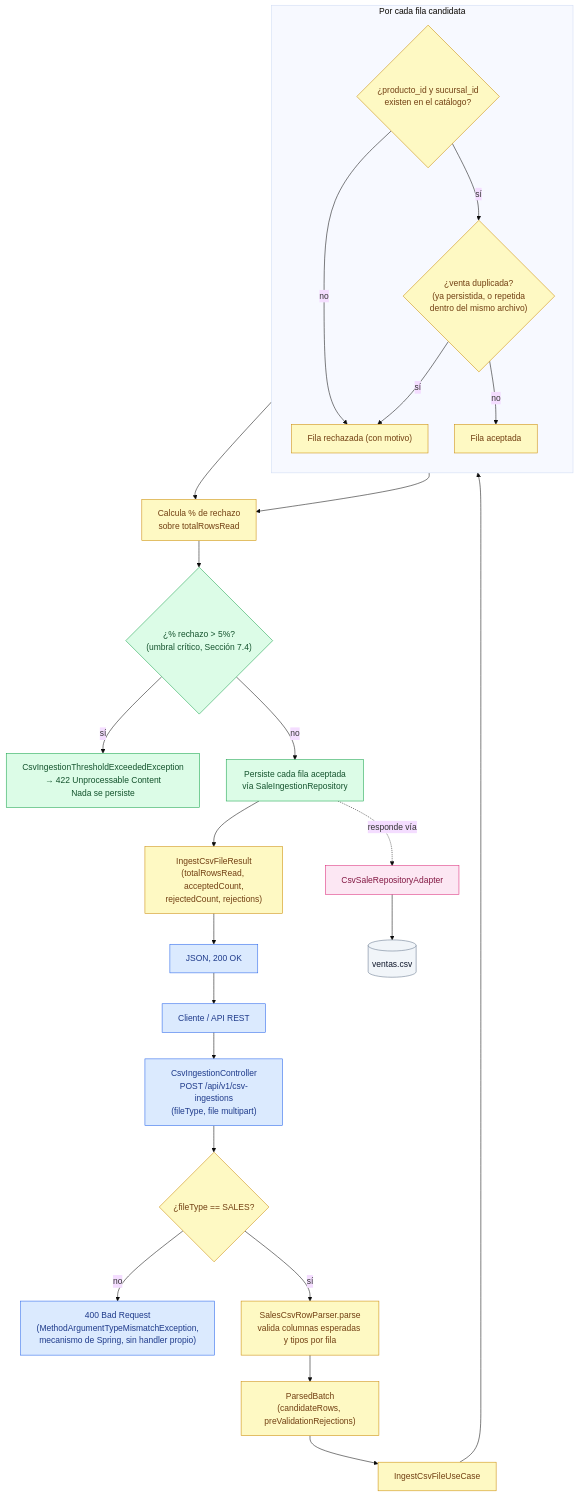
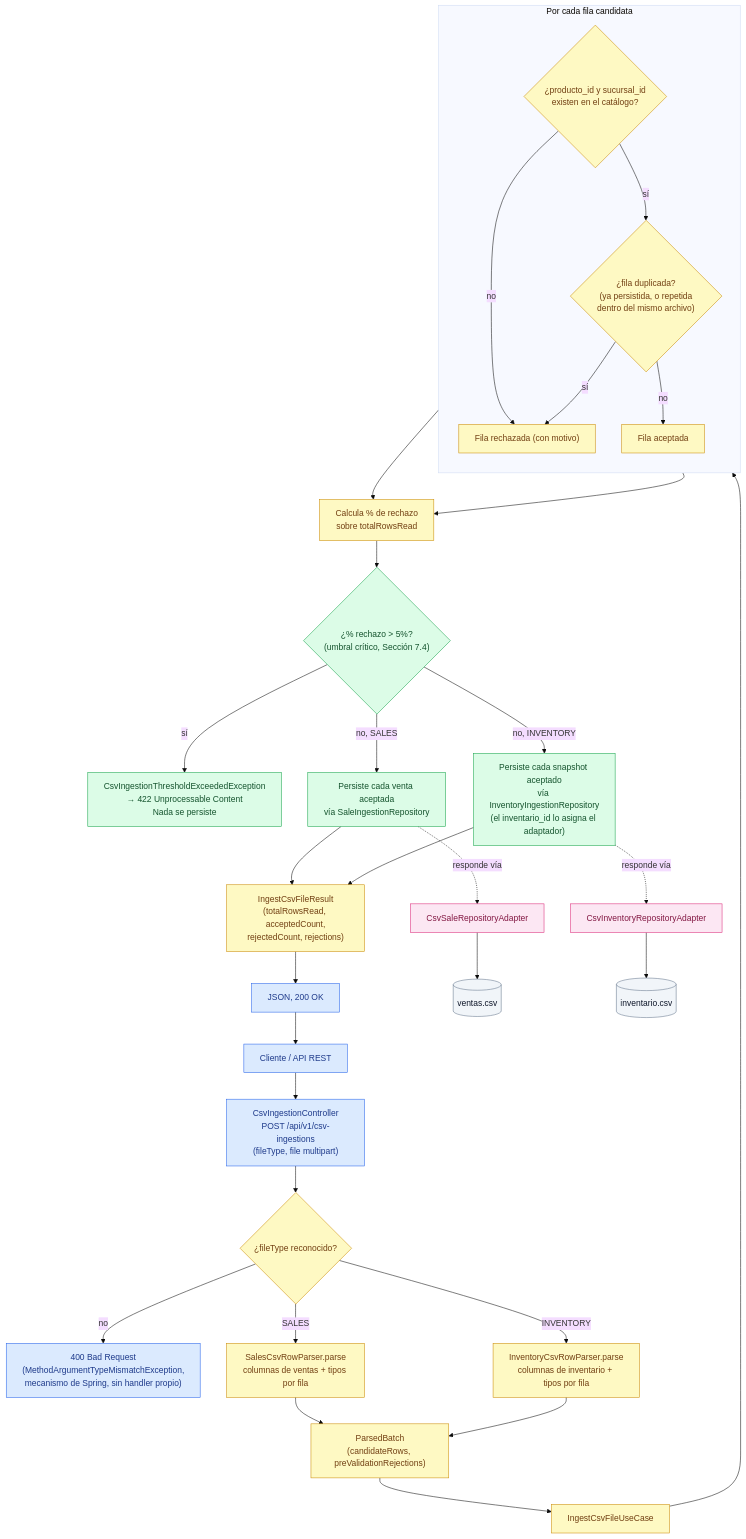
Before and after one commit to Facugl/inventoryiq: the fourth of 7 diagrams in docs/InventoryIQ_Arquitectura.md, drawn with Mermaid (base theme). The commit also changed other lines of this file and 17 other files, not shown here.

````diff
--- a/docs/InventoryIQ_Arquitectura.md
+++ b/docs/InventoryIQ_Arquitectura.md
@@ -236,57 +238,67 @@
 ```mermaid
 flowchart TD
     CLI["Cliente / API REST"]
     CTRL["CsvIngestionController<br/>POST /api/v1/csv-ingestions<br/>(fileType, file multipart)"]
-    TYPE_CHECK{"¿fileType == SALES?"}
+    TYPE_CHECK{"¿fileType reconocido?"}
     BADTYPE["400 Bad Request<br/>(MethodArgumentTypeMismatchException,<br/>mecanismo de Spring, sin handler propio)"]
-    PARSE["SalesCsvRowParser.parse<br/>valida columnas esperadas y tipos por fila"]
+    PARSE_S["SalesCsvRowParser.parse<br/>columnas de ventas + tipos por fila"]
+    PARSE_I["InventoryCsvRowParser.parse<br/>columnas de inventario + tipos por fila"]
     BATCH["ParsedBatch<br/>(candidateRows, preValidationRejections)"]
     UC["IngestCsvFileUseCase"]
 
     subgraph LOOP["Por cada fila candidata"]
         direction TB
         REF{"¿producto_id y sucursal_id<br/>existen en el catálogo?"}
-        DUP{"¿venta duplicada?<br/>(ya persistida, o repetida<br/>dentro del mismo archivo)"}
+        DUP{"¿fila duplicada?<br/>(ya persistida, o repetida<br/>dentro del mismo archivo)"}
         ACCEPT["Fila aceptada"]
         REJECT["Fila rechazada (con motivo)"]
 
         REF -->|"no"| REJECT
         REF -->|"sí"| DUP
         DUP -->|"sí"| REJECT
         DUP -->|"no"| ACCEPT
     end
 
     RATE["Calcula % de rechazo<br/>sobre totalRowsRead"]
     THRESH{"¿% rechazo > 5%?<br/>(umbral crítico, Sección 7.4)"}
     ABORT["CsvIngestionThresholdExceededException<br/>→ 422 Unprocessable Content<br/>Nada se persiste"]
-    SAVE["Persiste cada fila aceptada<br/>vía SaleIngestionRepository"]
+    SAVE_S["Persiste cada venta aceptada<br/>vía SaleIngestionRepository"]
+    SAVE_I["Persiste cada snapshot aceptado<br/>vía InventoryIngestionRepository<br/>(el inventario_id lo asigna el adaptador)"]
     RESULT["IngestCsvFileResult<br/>(totalRowsRead, acceptedCount,<br/>rejectedCount, rejections)"]
     RESP["JSON, 200 OK"]
 
-    CSVA["CsvSaleRepositoryAdapter"]
-    CSVFILE[("ventas.csv")]
+    CSVA_S["CsvSaleRepositoryAdapter"]
+    CSVA_I["CsvInventoryRepositoryAdapter"]
+    CSVFILE_S[("ventas.csv")]
+    CSVFILE_I[("inventario.csv")]
 
     CLI --> CTRL --> TYPE_CHECK
     TYPE_CHECK -->|"no"| BADTYPE
-    TYPE_CHECK -->|"sí"| PARSE --> BATCH --> UC --> REF
+    TYPE_CHECK -->|"SALES"| PARSE_S --> BATCH
+    TYPE_CHECK -->|"INVENTORY"| PARSE_I --> BATCH
+    BATCH --> UC --> REF
     ACCEPT --> RATE
     REJECT --> RATE
     RATE --> THRESH
     THRESH -->|"sí"| ABORT
-    THRESH -->|"no"| SAVE --> RESULT --> RESP --> CLI
+    THRESH -->|"no, SALES"| SAVE_S --> RESULT
+    THRESH -->|"no, INVENTORY"| SAVE_I --> RESULT
+    RESULT --> RESP --> CLI
 
-    SAVE -.->|"responde vía"| CSVA
-    CSVA --> CSVFILE
+    SAVE_S -.->|"responde vía"| CSVA_S
+    SAVE_I -.->|"responde vía"| CSVA_I
+    CSVA_S --> CSVFILE_S
+    CSVA_I --> CSVFILE_I
 
     classDef entrada fill:#dbeafe,stroke:#2563eb,color:#1e3a8a;
     classDef aplicacion fill:#fef9c3,stroke:#ca8a04,color:#713f12;
     classDef dominio fill:#dcfce7,stroke:#16a34a,color:#14532d;
     classDef salida fill:#fce7f3,stroke:#db2777,color:#831843;
     classDef infra fill:#f1f5f9,stroke:#64748b,color:#0f172a;
 
     class CLI,CTRL,BADTYPE,RESP entrada;
-    class TYPE_CHECK,PARSE,BATCH,UC,REF,DUP,ACCEPT,REJECT,RATE,RESULT aplicacion;
-    class THRESH,ABORT,SAVE dominio;
-    class CSVA salida;
-    class CSVFILE infra;
+    class TYPE_CHECK,PARSE_S,PARSE_I,BATCH,UC,REF,DUP,ACCEPT,REJECT,RATE,RESULT aplicacion;
+    class THRESH,ABORT,SAVE_S,SAVE_I dominio;
+    class CSVA_S,CSVA_I salida;
+    class CSVFILE_S,CSVFILE_I infra;
 ```
````
